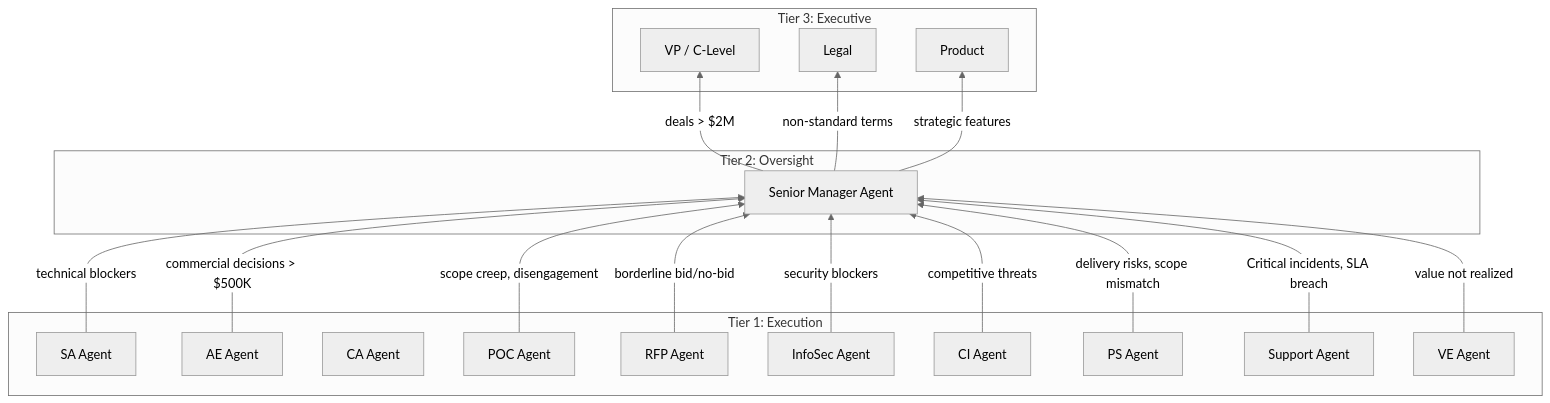
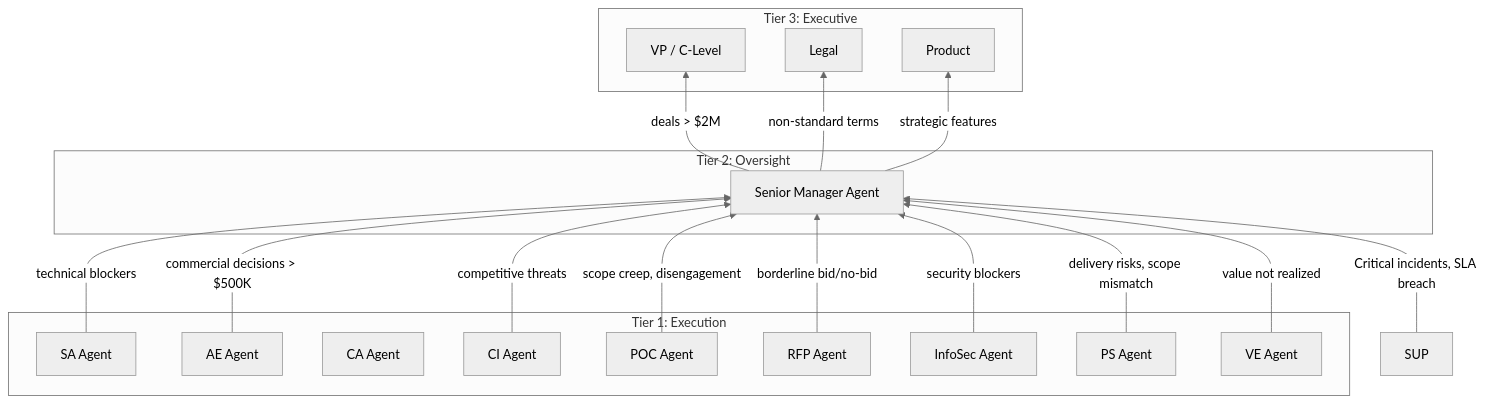
One commit to franktatjana/ea-agentic-lab changed the third of 5 diagrams in docs/architecture/agents/agent-architecture.md. Above: the diagram before and after it, drawn with Mermaid (neutral theme). The commit also changed other lines of this file and 117 other files, not shown here.

````diff
--- a/docs/architecture/agents/agent-architecture.md
+++ b/docs/architecture/agents/agent-architecture.md
@@ -240,39 +238,38 @@
 ```mermaid
 flowchart BT
     subgraph Tier1["Tier 1: Execution"]
         SA[SA Agent]
         AE[AE Agent]
         CA[CA Agent]
         CI[CI Agent]
         POC[POC Agent]
         RFP[RFP Agent]
         IS[InfoSec Agent]
         PS[PS Agent]
-        SUP[Support Agent]
         VE[VE Agent]
     end
 
     subgraph Tier2["Tier 2: Oversight"]
         SM[Senior Manager Agent]
     end
 
     subgraph Tier3["Tier 3: Executive"]
         VP[VP / C-Level]
         LG[Legal]
         PD[Product]
     end
 
     SA -->|technical blockers| SM
     AE -->|commercial decisions > $500K| SM
     POC -->|scope creep, disengagement| SM
     RFP -->|borderline bid/no-bid| SM
     IS -->|security blockers| SM
     CI -->|competitive threats| SM
     PS -->|delivery risks, scope mismatch| SM
     SUP -->|Critical incidents, SLA breach| SM
     VE -->|value not realized| SM
 
     SM -->|deals > $2M| VP
     SM -->|non-standard terms| LG
     SM -->|strategic features| PD
 ```
````
